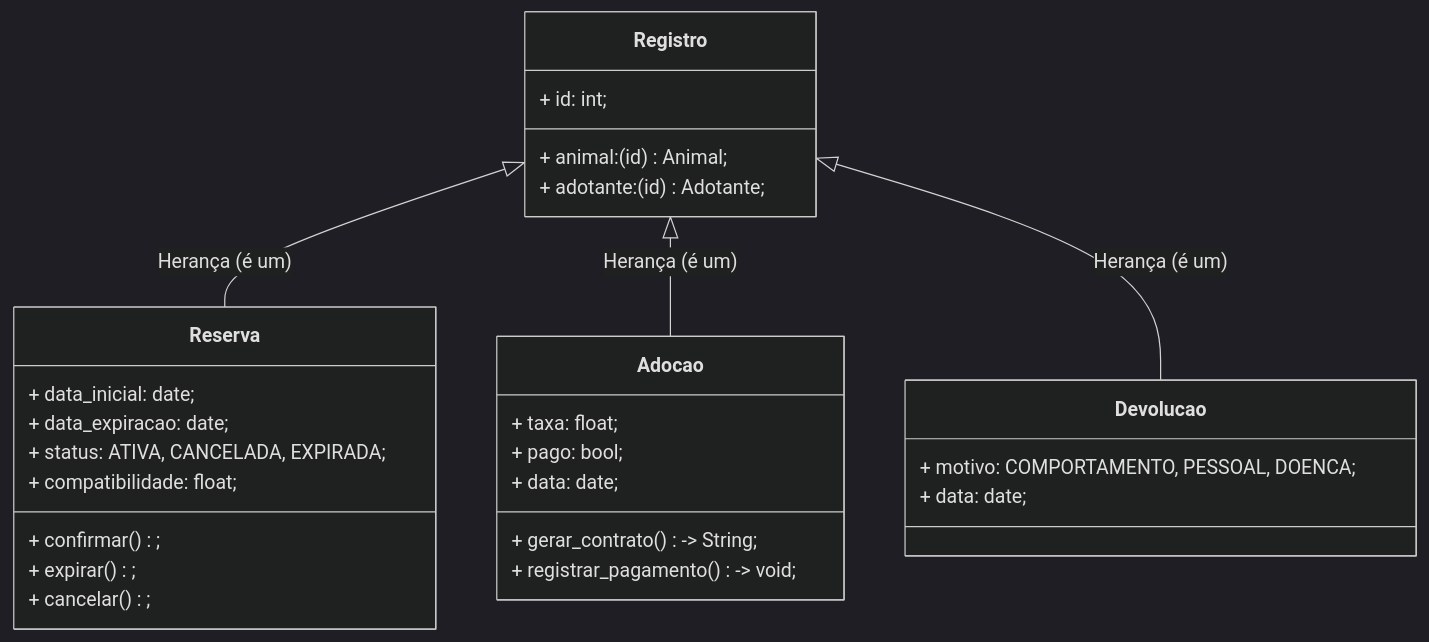
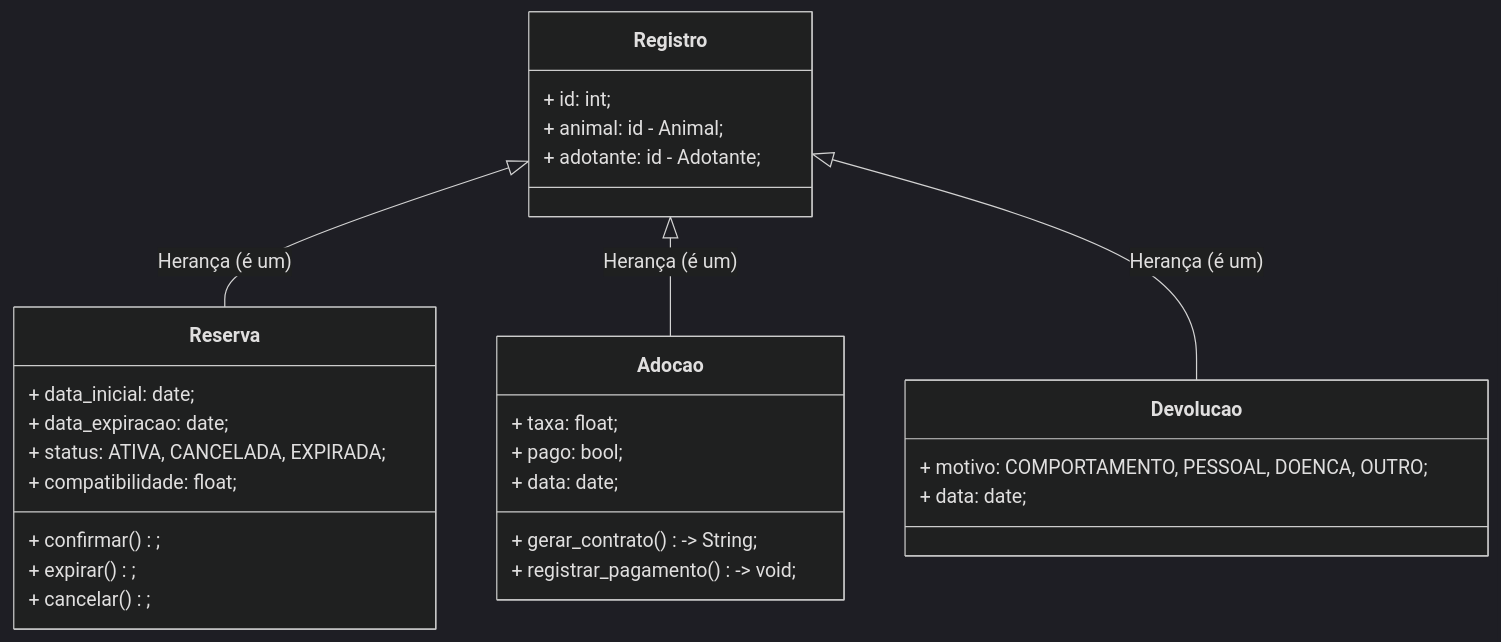
One commit to Alisson014/projeto-1-poo-sistema-adocao-animais changed the fourth of 8 diagrams in docs/uml.md. Above: the diagram before and after it, drawn with Mermaid (dark theme). The commit also changed other lines of this file, not shown here.

````diff
--- a/docs/uml.md
+++ b/docs/uml.md
@@ -152,36 +153,36 @@
 ```mermaid
 classDiagram
     class Registro {
         + id: int;
-        + animal: (id) Animal;
-        + adotante: (id) Adotante;
+        + animal: id - Animal;
+        + adotante: id - Adotante;
     }
 
     class Reserva {
         + data_inicial: date;
         + data_expiracao: date;
         + status: ATIVA, CANCELADA, EXPIRADA;
         + compatibilidade: float;
         + confirmar();
         + expirar();
         + cancelar();
     }
 
     class Adocao {
         + taxa: float;
         + pago: bool;
         + data: date;
         + gerar_contrato() -> String;
         + registrar_pagamento() -> void;
     }
 
     class Devolucao {
-        + motivo: COMPORTAMENTO, PESSOAL, DOENCA;
+        + motivo: COMPORTAMENTO, PESSOAL, DOENCA, OUTRO;
         + data: date;
     }
 
     %% Relacionamentos:
     Registro <|-- Reserva : Herança (é um)
     Registro <|-- Adocao : Herança (é um)
     Registro <|-- Devolucao : Herança (é um)
 ```
````
